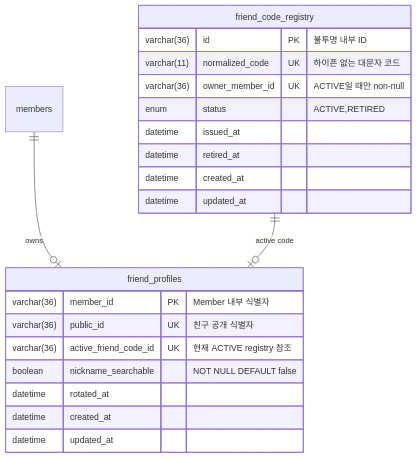
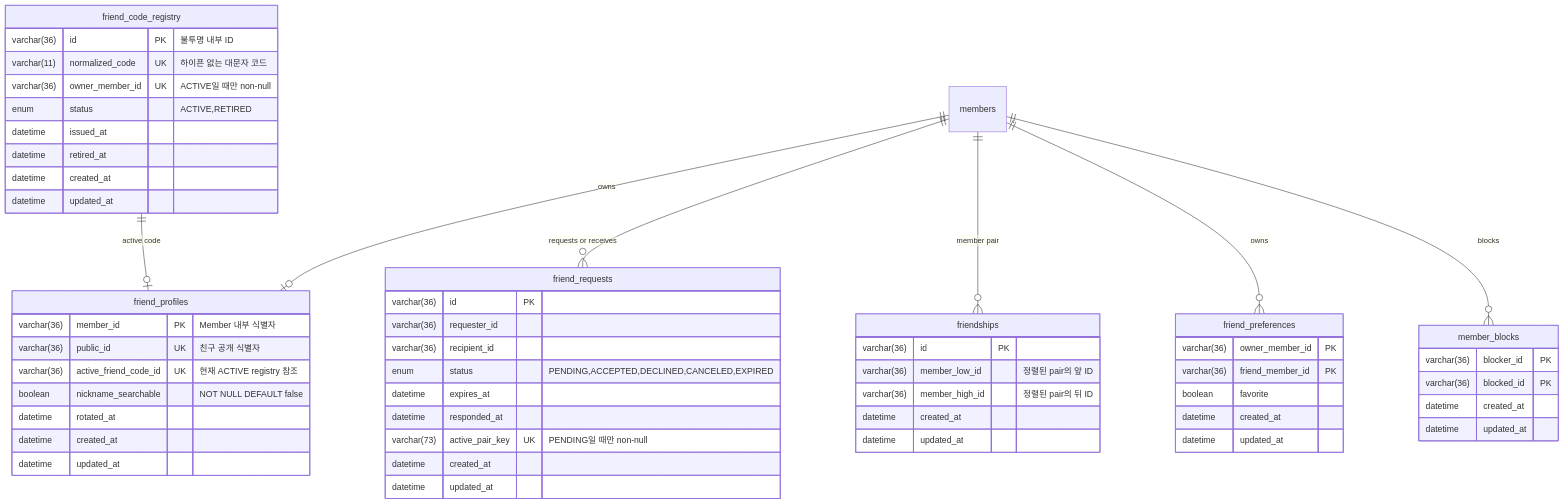
The fifth of 5 diagrams in docs/erd.md (skuri-kr/SKURI-Backend), drawn with Mermaid before and after one commit. The commit also changed other lines of this file and 52 other files, not shown here.

````diff
--- a/docs/erd.md
+++ b/docs/erd.md
@@ -682,26 +682,65 @@
 ```mermaid
 erDiagram
     members ||--o| friend_profiles : "owns"
     friend_code_registry ||--o| friend_profiles : "active code"
+    members ||--o{ friend_requests : "requests or receives"
+    members ||--o{ friendships : "member pair"
+    members ||--o{ friend_preferences : "owns"
+    members ||--o{ member_blocks : "blocks"
 
     friend_profiles {
         varchar(36) member_id PK "Member 내부 식별자"
         varchar(36) public_id UK "친구 공개 식별자"
         varchar(36) active_friend_code_id UK "현재 ACTIVE registry 참조"
         boolean nickname_searchable "NOT NULL DEFAULT false"
         datetime rotated_at
         datetime created_at
         datetime updated_at
     }
 
     friend_code_registry {
         varchar(36) id PK "불투명 내부 ID"
         varchar(11) normalized_code UK "하이픈 없는 대문자 코드"
         varchar(36) owner_member_id UK "ACTIVE일 때만 non-null"
         enum status "ACTIVE,RETIRED"
         datetime issued_at
         datetime retired_at
         datetime created_at
         datetime updated_at
     }
+
+    friend_requests {
+        varchar(36) id PK
+        varchar(36) requester_id
+        varchar(36) recipient_id
+        enum status "PENDING,ACCEPTED,DECLINED,CANCELED,EXPIRED"
+        datetime expires_at
+        datetime responded_at
+        varchar(73) active_pair_key UK "PENDING일 때만 non-null"
+        datetime created_at
+        datetime updated_at
+    }
+
+    friendships {
+        varchar(36) id PK
+        varchar(36) member_low_id "정렬된 pair의 앞 ID"
+        varchar(36) member_high_id "정렬된 pair의 뒤 ID"
+        datetime created_at
+        datetime updated_at
+    }
+
+    friend_preferences {
+        varchar(36) owner_member_id PK
+        varchar(36) friend_member_id PK
+        boolean favorite
+        datetime created_at
+        datetime updated_at
+    }
+
+    member_blocks {
+        varchar(36) blocker_id PK
+        varchar(36) blocked_id PK
+        datetime created_at
+        datetime updated_at
+    }
 ```
````
